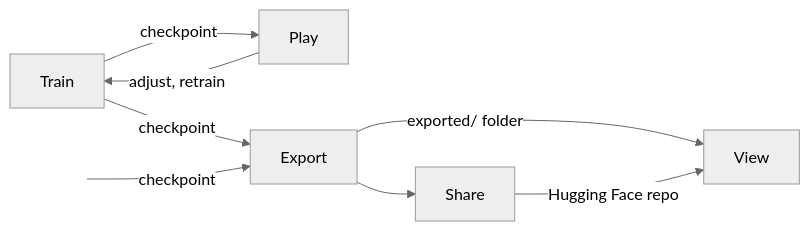
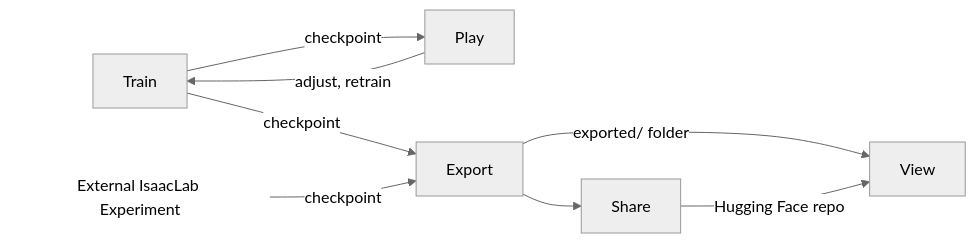
The diagram in README.md (menloresearch/cyclotron), drawn with Mermaid (neutral theme) before and after one commit. The commit also changed other lines of this file and 6 other files, not shown here.

````diff
--- a/README.md
+++ b/README.md
@@ -64,11 +64,11 @@
 ```mermaid
 flowchart LR
     Train -->|checkpoint| Play
     Play -->|adjust, retrain| Train
     Train -->|checkpoint| Export
-    Outside[" "] -->|checkpoint| Export
-    style Outside fill:none,stroke:none
+    Outside["External IsaacLab Experiment"] -->|checkpoint| Export
+    style Outside fill:transparent,stroke:transparent
     Export -->|exported/ folder| View
     Export --> Share
     Share -->|Hugging Face repo| View
 ```
````
